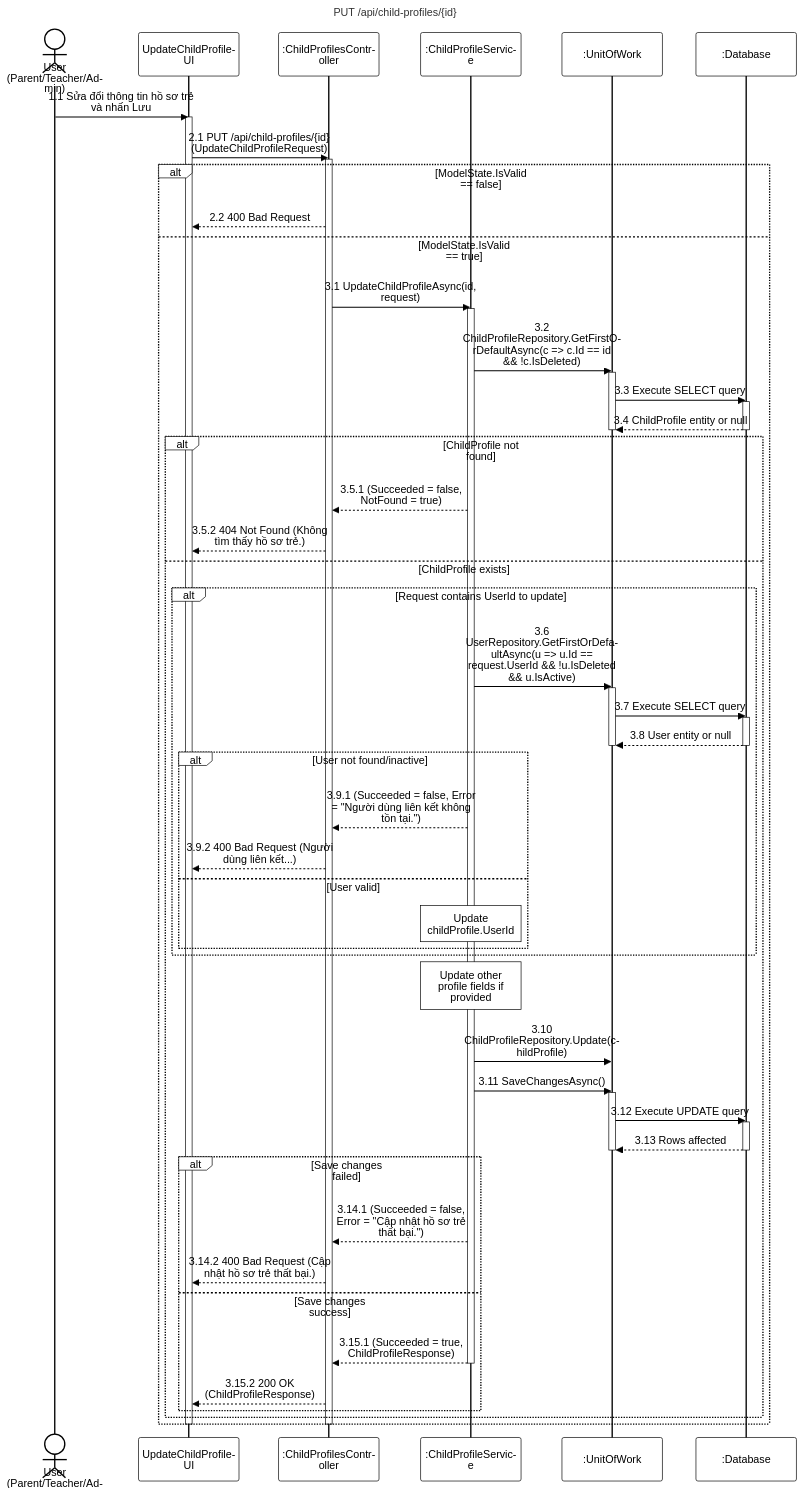
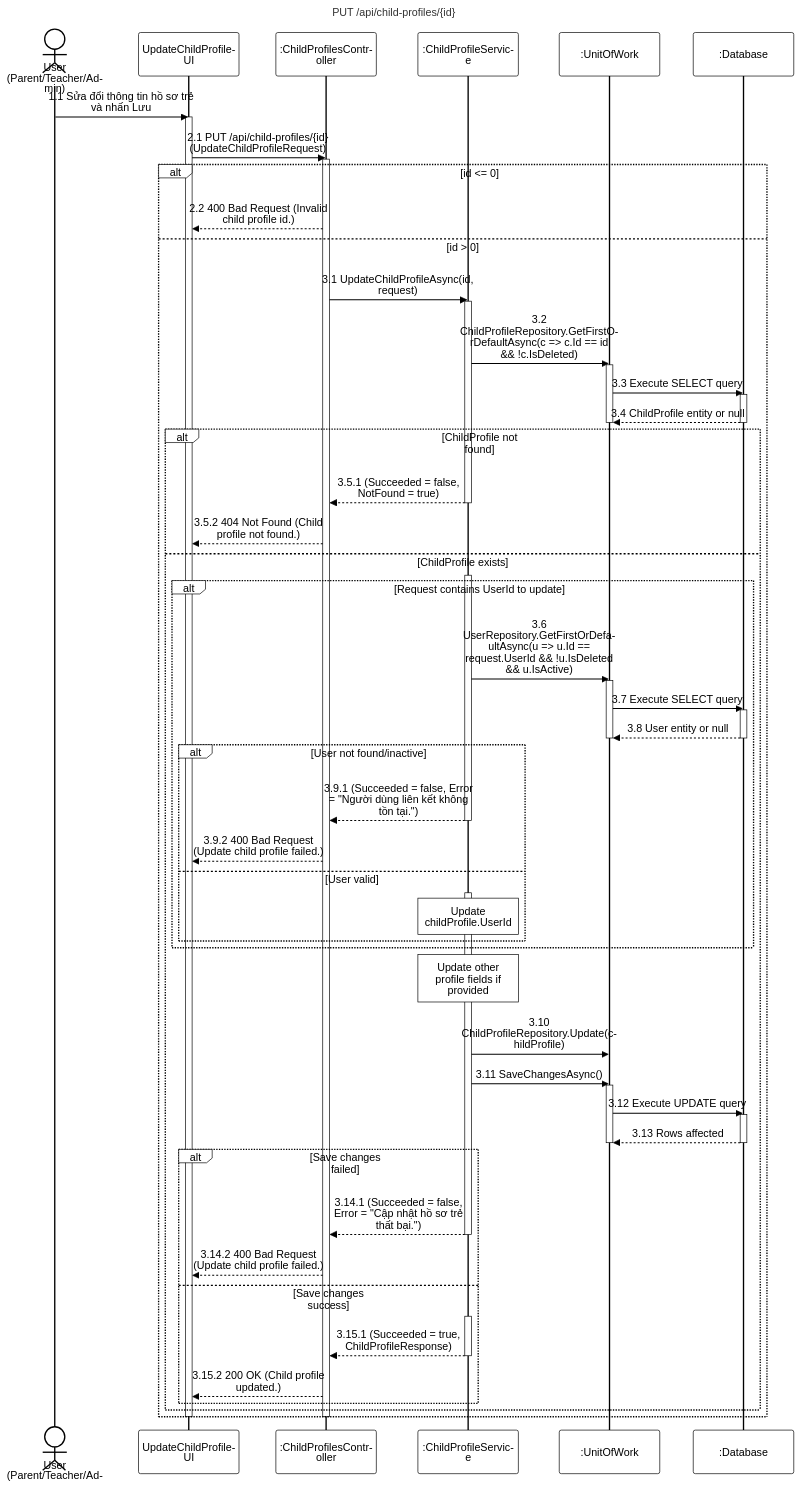
The diagram in 06-child-profile-enrollment/sequence-diagram/apis/update-child-profile.mmd (PhucAnDev/docx-diagram), drawn with Mermaid before and after one commit. The commit also changed 5 other files, not shown here.

Commit message:
fix: update create-child-profile.mmd, update-child-profile.mmd, and get-my-children-profiles.mmd with correct actors, error messages, and activations

```diff
--- a/06-child-profile-enrollment/sequence-diagram/apis/update-child-profile.mmd
+++ b/06-child-profile-enrollment/sequence-diagram/apis/update-child-profile.mmd
@@ -1,73 +1,79 @@
 %%{init: {'theme':'base', 'themeVariables': {'actorBkg':'#ffffff','actorBorder':'#000000','actorTextColor':'#000000','actorLineColor':'#000000','signalColor':'#000000','signalTextColor':'#000000','labelBoxBkgColor':'#ffffff','labelBoxBorderColor':'#000000','labelTextColor':'#000000','loopTextColor':'#000000','noteBkgColor':'#ffffff','noteBorderColor':'#000000','noteTextColor':'#000000','activationBorderColor':'#000000','activationBkgColor':'#ffffff','sequenceNumberColor':'#000000'}, 'sequence': {'width':150,'height':65,'actorFontSize':16,'messageFontSize':16,'wrap':true,'wrapPadding':10}}}%%
 sequenceDiagram
     title PUT /api/child-profiles/{id}
     actor User as User (Parent/Teacher/Admin)
     participant UI as UpdateChildProfileUI
     participant Endpoint as :ChildProfilesController
     participant Service as :ChildProfileService
     participant DB as :UnitOfWork
     participant Database as :Database
 
     User->>UI: 1.1 Sửa đổi thông tin hồ sơ trẻ và nhấn Lưu
     activate UI
     UI->>Endpoint: 2.1 PUT /api/child-profiles/{id} (UpdateChildProfileRequest)
     activate Endpoint
 
-    alt ModelState.IsValid == false
-        Endpoint-->>UI: 2.2 400 Bad Request
-    else ModelState.IsValid == true
+    alt id <= 0
+        Endpoint-->>UI: 2.2 400 Bad Request (Invalid child profile id.)
+    else id > 0
         Endpoint->>Service: 3.1 UpdateChildProfileAsync(id, request)
         activate Service
 
         Service->>DB: 3.2 ChildProfileRepository.GetFirstOrDefaultAsync(c => c.Id == id && !c.IsDeleted)
         activate DB
         DB->>Database: 3.3 Execute SELECT query
         activate Database
         Database-->>DB: 3.4 ChildProfile entity or null
         deactivate Database
         deactivate DB
 
         alt ChildProfile not found
             Service-->>Endpoint: 3.5.1 (Succeeded = false, NotFound = true)
-            Endpoint-->>UI: 3.5.2 404 Not Found (Không tìm thấy hồ sơ trẻ.)
+            deactivate Service
+            Endpoint-->>UI: 3.5.2 404 Not Found (Child profile not found.)
         else ChildProfile exists
+            activate Service
             alt Request contains UserId to update
                 Service->>DB: 3.6 UserRepository.GetFirstOrDefaultAsync(u => u.Id == request.UserId && !u.IsDeleted && u.IsActive)
                 activate DB
                 DB->>Database: 3.7 Execute SELECT query
                 activate Database
                 Database-->>DB: 3.8 User entity or null
                 deactivate Database
                 deactivate DB
 
                 alt User not found/inactive
                     Service-->>Endpoint: 3.9.1 (Succeeded = false, Error = "Người dùng liên kết không tồn tại.")
-                    Endpoint-->>UI: 3.9.2 400 Bad Request (Người dùng liên kết...)
+                    deactivate Service
+                    Endpoint-->>UI: 3.9.2 400 Bad Request (Update child profile failed.)
                 else User valid
+                    activate Service
                     note over Service: Update childProfile.UserId
                 end
             end
 
             note over Service: Update other profile fields if provided
             
             Service->>DB: 3.10 ChildProfileRepository.Update(childProfile)
             Service->>DB: 3.11 SaveChangesAsync()
             activate DB
             DB->>Database: 3.12 Execute UPDATE query
             activate Database
             Database-->>DB: 3.13 Rows affected
             deactivate Database
             deactivate DB
 
             alt Save changes failed
                 Service-->>Endpoint: 3.14.1 (Succeeded = false, Error = "Cập nhật hồ sơ trẻ thất bại.")
-                Endpoint-->>UI: 3.14.2 400 Bad Request (Cập nhật hồ sơ trẻ thất bại.)
+                deactivate Service
+                Endpoint-->>UI: 3.14.2 400 Bad Request (Update child profile failed.)
             else Save changes success
+                activate Service
                 Service-->>Endpoint: 3.15.1 (Succeeded = true, ChildProfileResponse)
                 deactivate Service
-                Endpoint-->>UI: 3.15.2 200 OK (ChildProfileResponse)
+                Endpoint-->>UI: 3.15.2 200 OK (Child profile updated.)
             end
         end
     end
     deactivate Endpoint
     deactivate UI
```
